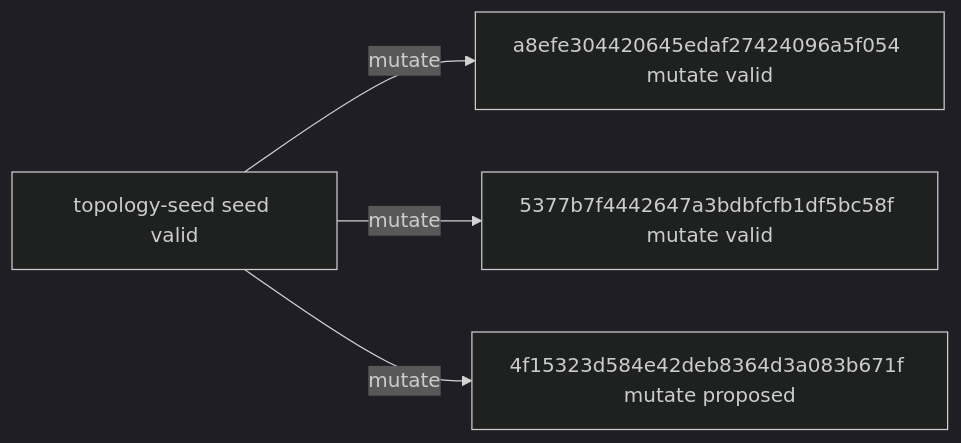
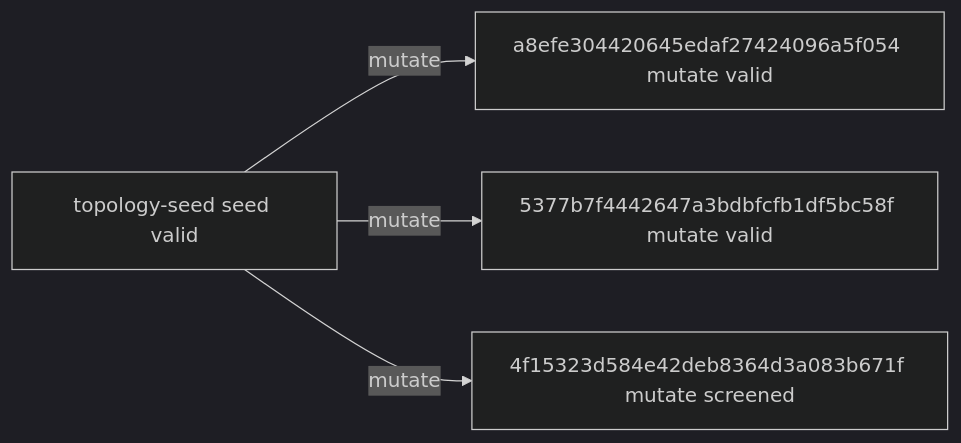
The diagram in experiments/campaigns/astra-group-numerical-v3/README.md (timbtz/feyer-search-lab), drawn with Mermaid (dark theme) before and after one commit. The commit also changed other lines of this file and 7 other files, not shown here.

````diff
--- a/experiments/campaigns/astra-group-numerical-v3/README.md
+++ b/experiments/campaigns/astra-group-numerical-v3/README.md
@@ -21,10 +21,10 @@
 ```mermaid
 graph LR
   n0["topology-seed seed valid"]
   n1["a8efe304420645edaf27424096a5f054 mutate valid"]
   n2["5377b7f4442647a3bdbfcfb1df5bc58f mutate valid"]
-  n3["4f15323d584e42deb8364d3a083b671f mutate proposed"]
+  n3["4f15323d584e42deb8364d3a083b671f mutate screened"]
   n0 -->|mutate| n1
   n0 -->|mutate| n2
   n0 -->|mutate| n3
 ```
````
